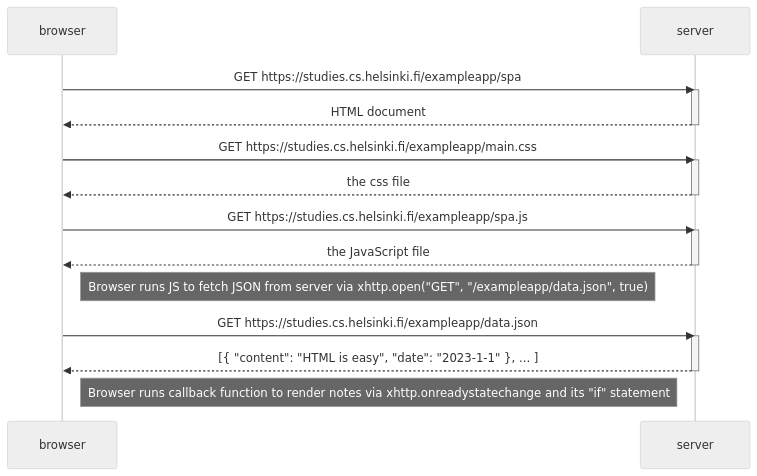
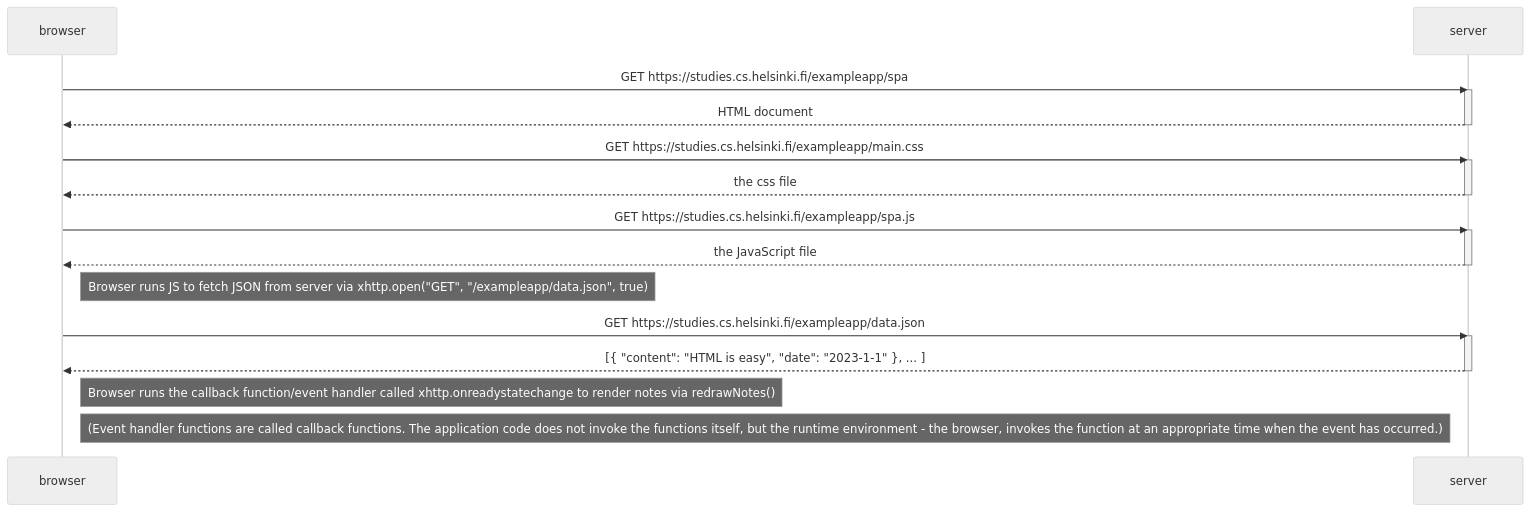
One commit to joFolta/full-stack-open changed the diagram in part0/0.5-Single-page-app-diagram.md. Above: the diagram before and after it, drawn with Mermaid (neutral theme). The commit also changed 2 other files, not shown here.

Commit message:
0.6: New note in Single page app diagram

````diff
--- a/part0/0.5-Single-page-app-diagram.md
+++ b/part0/0.5-Single-page-app-diagram.md
@@ -1,29 +1,30 @@
 ```mermaid
 sequenceDiagram
     participant browser
     participant server
 
     browser->>server: GET https://studies.cs.helsinki.fi/exampleapp/spa
     activate server
     server-->>browser: HTML document
     deactivate server
 
     browser->>server: GET https://studies.cs.helsinki.fi/exampleapp/main.css
     activate server
     server-->>browser: the css file
     deactivate server
 
     browser->>server: GET https://studies.cs.helsinki.fi/exampleapp/spa.js
     activate server
     server-->>browser: the JavaScript file
     deactivate server
 
     Note right of browser: Browser runs JS to fetch JSON from server via xhttp.open("GET", "/exampleapp/data.json", true)
 
     browser->>server: GET https://studies.cs.helsinki.fi/exampleapp/data.json
     activate server
     server-->>browser: [{ "content": "HTML is easy", "date": "2023-1-1" }, ... ]
     deactivate server
 
-    Note right of browser: Browser runs callback function to render notes via xhttp.onreadystatechange and its "if" statement
+    Note right of browser: Browser runs the callback function/event handler called xhttp.onreadystatechange to render notes via redrawNotes()
+    Note right of browser: (Event handler functions are called callback functions. The application code does not invoke the functions itself, but the runtime environment - the browser, invokes the function at an appropriate time when the event has occurred.)
 ```
````
